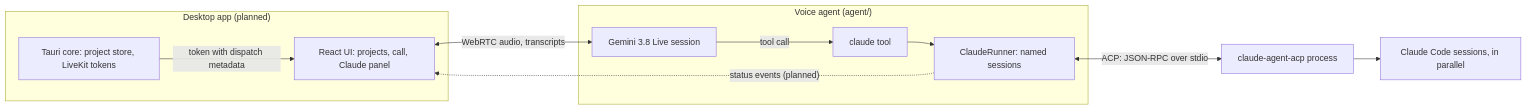
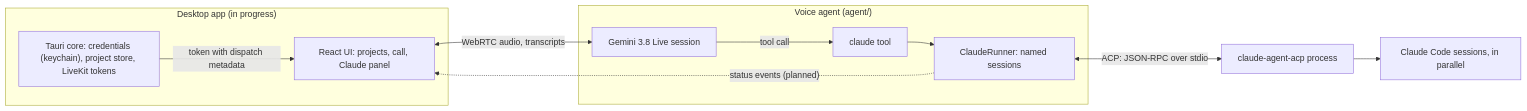
The diagram in docs/architecture.md (bomby-app/bomby), drawn with Mermaid before and after one commit. The commit also changed other lines of this file and 68 other files, not shown here.

First line of the commit message:
Build the app shell and a settings window with keychain credentials

````diff
--- a/docs/architecture.md
+++ b/docs/architecture.md
@@ -14,22 +14,22 @@
 ```mermaid
 flowchart LR
-  subgraph App["Desktop app (planned)"]
+  subgraph App["Desktop app (in progress)"]
     UI["React UI: projects, call, Claude panel"]
-    Core["Tauri core: project store, LiveKit tokens"]
+    Core["Tauri core: credentials (keychain), project store, LiveKit tokens"]
   end
   subgraph Agent["Voice agent (agent/)"]
     Gemini["Gemini 3.8 Live session"]
     Tool["claude tool"]
     Runner["ClaudeRunner: named sessions"]
   end
   ACP["claude-agent-acp process"]
   Claude["Claude Code sessions, in parallel"]
 
   Core -- "token with dispatch metadata" --> UI
   UI <-- "WebRTC audio, transcripts" --> Gemini
   Gemini -- "tool call" --> Tool
   Tool --> Runner
   Runner <-- "ACP: JSON-RPC over stdio" --> ACP
   ACP --> Claude
   Runner -. "status events (planned)" .-> UI
 ```
````
